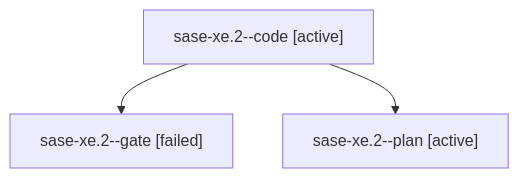
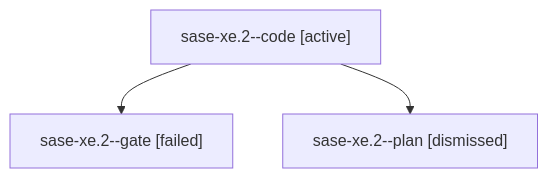
The diagram in families/bbugyi200.athena.sase-xe.2.md (sase-org/sase--agents), drawn with Mermaid before and after one commit. The commit also changed other lines of this file and 77 other files, not shown here.

````diff
--- a/families/bbugyi200.athena.sase-xe.2.md
+++ b/families/bbugyi200.athena.sase-xe.2.md
@@ -9,8 +9,8 @@
 ```mermaid
 flowchart TD
   n0["sase-xe.2--code [active]"]
   n1["sase-xe.2--gate [failed]"]
   n0 --> n1
-  n2["sase-xe.2--plan [active]"]
+  n2["sase-xe.2--plan [dismissed]"]
   n0 --> n2
 ```
````
